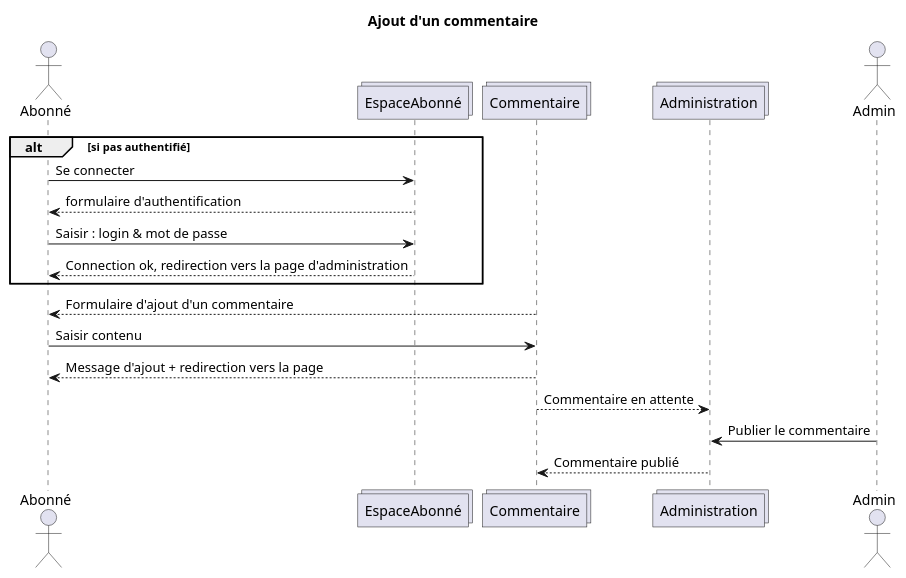
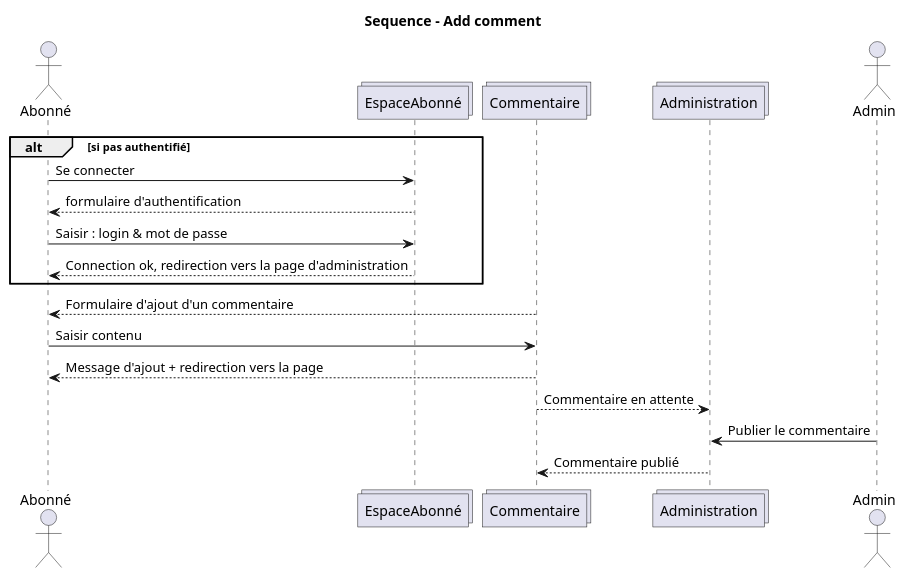
One commit to sjaulin/blog changed the diagram in diagrammes/src/UML.sequence-addComment.plantuml. Above: the diagram before and after it, drawn with PlantUML. The commit also changed 14 other files, not shown here.

Commit message:
Update UML diagrams

```diff
--- a/diagrammes/src/UML.sequence-addComment.plantuml
+++ b/diagrammes/src/UML.sequence-addComment.plantuml
@@ -1,20 +1,20 @@
 @startuml
-title Ajout d'un commentaire
+title Sequence - Add comment
 actor Abonné
 collections EspaceAbonné 
 collections Commentaire
 collections Administration
 actor Admin
 alt si pas authentifié
 Abonné -> EspaceAbonné : Se connecter
 EspaceAbonné --> Abonné : formulaire d'authentification
 Abonné -> EspaceAbonné : Saisir : login & mot de passe
 EspaceAbonné --> Abonné : Connection ok, redirection vers la page d'administration
 end
 Commentaire --> Abonné : Formulaire d'ajout d'un commentaire
 Abonné -> Commentaire : Saisir contenu
 Commentaire --> Abonné : Message d'ajout + redirection vers la page
 Commentaire --> Administration : Commentaire en attente
 Admin -> Administration : Publier le commentaire
 Administration --> Commentaire : Commentaire publié
 @enduml
```
